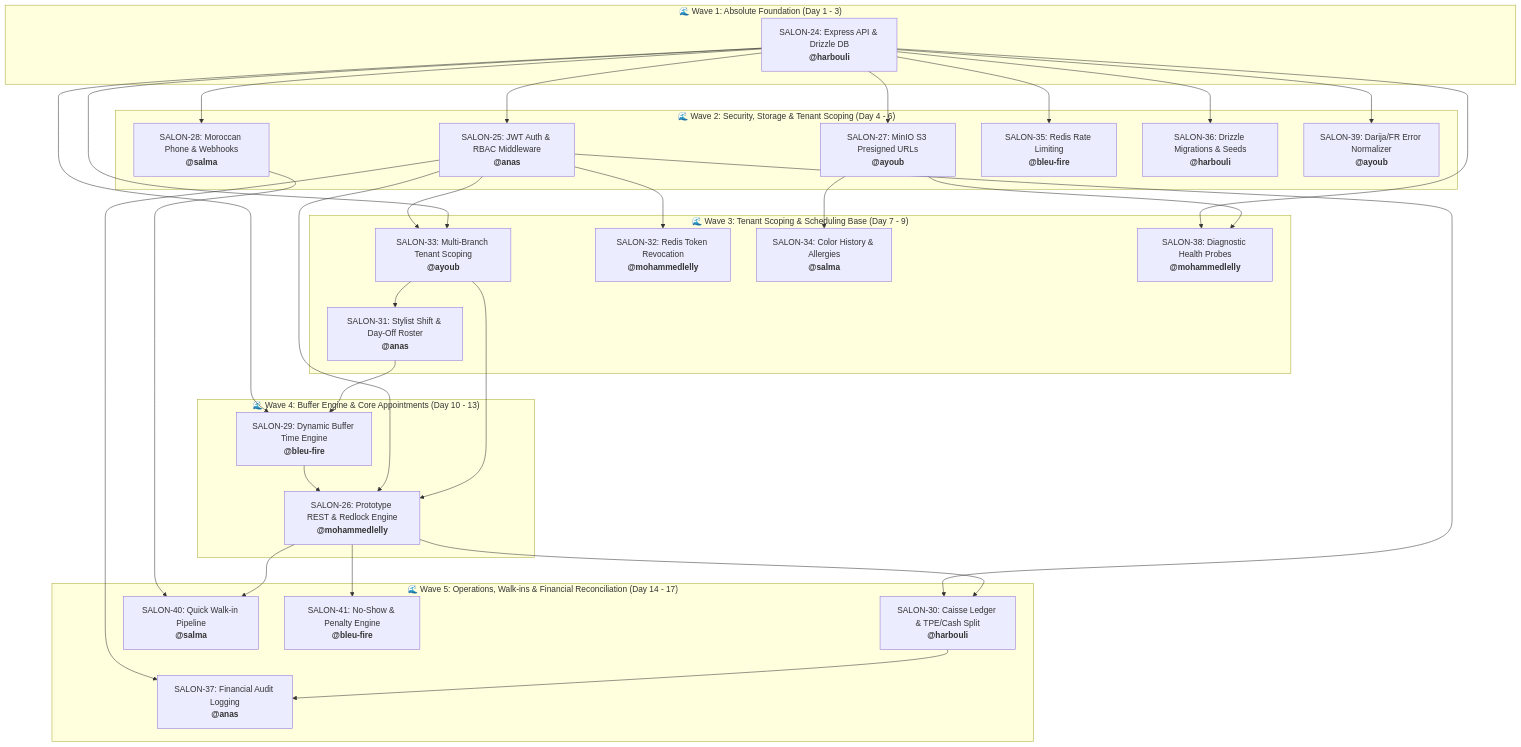
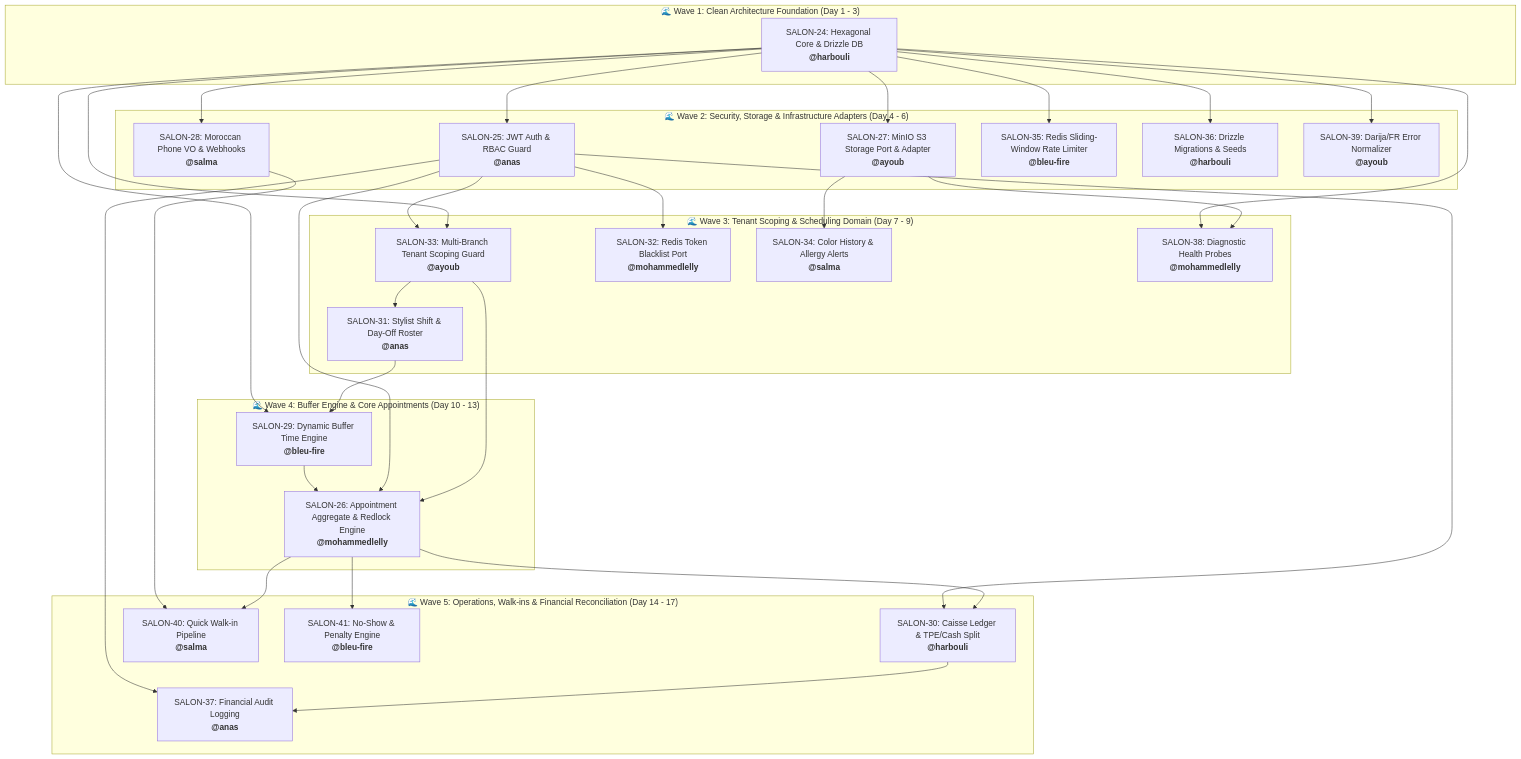
The diagram in docs/CYCLE_1_BACKEND_DEPENDENCY_MATRIX.md (harbouli/salonops), drawn with Mermaid before and after one commit. The commit also changed other lines of this file and 74 other files, not shown here.

Commit message:
refactor: restructure api to follow clean architecture and domain-driven design principles

````diff
--- a/docs/CYCLE_1_BACKEND_DEPENDENCY_MATRIX.md
+++ b/docs/CYCLE_1_BACKEND_DEPENDENCY_MATRIX.md
@@ -25,73 +37,73 @@
 ```mermaid
 graph TD
     %% Wave 1: Core Foundation
-    subgraph Wave_1["🌊 Wave 1: Absolute Foundation (Day 1 - 3)"]
-        S24["SALON-24: Express API & Drizzle DB<br/><b>@harbouli</b>"]
+    subgraph Wave_1["🌊 Wave 1: Clean Architecture Foundation (Day 1 - 3)"]
+        S24["SALON-24: Hexagonal Core & Drizzle DB<br/><b>@harbouli</b>"]
     end
 
-    %% Wave 2: Core Auth & Infrastructure Services
-    subgraph Wave_2["🌊 Wave 2: Security, Storage & Tenant Scoping (Day 4 - 6)"]
-        S25["SALON-25: JWT Auth & RBAC Middleware<br/><b>@anas</b>"]
-        S27["SALON-27: MinIO S3 Presigned URLs<br/><b>@ayoub</b>"]
-        S28["SALON-28: Moroccan Phone & Webhooks<br/><b>@salma</b>"]
-        S35["SALON-35: Redis Rate Limiting<br/><b>@bleu-fire</b>"]
+    %% Wave 2: Security, Storage & Tenant Scoping
+    subgraph Wave_2["🌊 Wave 2: Security, Storage & Infrastructure Adapters (Day 4 - 6)"]
+        S25["SALON-25: JWT Auth & RBAC Guard<br/><b>@anas</b>"]
+        S27["SALON-27: MinIO S3 Storage Port & Adapter<br/><b>@ayoub</b>"]
+        S28["SALON-28: Moroccan Phone VO & Webhooks<br/><b>@salma</b>"]
+        S35["SALON-35: Redis Sliding-Window Rate Limiter<br/><b>@bleu-fire</b>"]
         S36["SALON-36: Drizzle Migrations & Seeds<br/><b>@harbouli</b>"]
         S39["SALON-39: Darija/FR Error Normalizer<br/><b>@ayoub</b>"]
     end
 
     %% Wave 3: Intermediate Logic & Multi-Tenancy
-    subgraph Wave_3["🌊 Wave 3: Tenant Scoping & Scheduling Base (Day 7 - 9)"]
-        S33["SALON-33: Multi-Branch Tenant Scoping<br/><b>@ayoub</b>"]
-        S32["SALON-32: Redis Token Revocation<br/><b>@mohammedlelly</b>"]
+    subgraph Wave_3["🌊 Wave 3: Tenant Scoping & Scheduling Domain (Day 7 - 9)"]
+        S33["SALON-33: Multi-Branch Tenant Scoping Guard<br/><b>@ayoub</b>"]
+        S32["SALON-32: Redis Token Blacklist Port<br/><b>@mohammedlelly</b>"]
         S31["SALON-31: Stylist Shift & Day-Off Roster<br/><b>@anas</b>"]
-        S34["SALON-34: Color History & Allergies<br/><b>@salma</b>"]
+        S34["SALON-34: Color History & Allergy Alerts<br/><b>@salma</b>"]
         S38["SALON-38: Diagnostic Health Probes<br/><b>@mohammedlelly</b>"]
     end
 
     %% Wave 4: Business Engine & Buffer Calculations
     subgraph Wave_4["🌊 Wave 4: Buffer Engine & Core Appointments (Day 10 - 13)"]
         S29["SALON-29: Dynamic Buffer Time Engine<br/><b>@bleu-fire</b>"]
-        S26["SALON-26: Prototype REST & Redlock Engine<br/><b>@mohammedlelly</b>"]
+        S26["SALON-26: Appointment Aggregate & Redlock Engine<br/><b>@mohammedlelly</b>"]
     end
 
     %% Wave 5: Operations & Finance
     subgraph Wave_5["🌊 Wave 5: Operations, Walk-ins & Financial Reconciliation (Day 14 - 17)"]
         S30["SALON-30: Caisse Ledger & TPE/Cash Split<br/><b>@harbouli</b>"]
         S40["SALON-40: Quick Walk-in Pipeline<br/><b>@salma</b>"]
         S41["SALON-41: No-Show & Penalty Engine<br/><b>@bleu-fire</b>"]
         S37["SALON-37: Financial Audit Logging<br/><b>@anas</b>"]
     end
 
     %% Dependencies
     S24 --> S25
     S24 --> S27
     S24 --> S28
     S24 --> S35
     S24 --> S36
     S24 --> S39
 
     S24 --> S33
     S25 --> S33
     S25 --> S32
     S27 --> S34
     S27 --> S38
     S24 --> S38
 
     S33 --> S31
     S31 --> S29
     S24 --> S29
 
     S33 --> S26
     S25 --> S26
     S29 --> S26
 
     S26 --> S30
     S25 --> S30
     S30 --> S37
     S25 --> S37
 
     S26 --> S40
     S28 --> S40
 
     S26 --> S41
 ```
````
